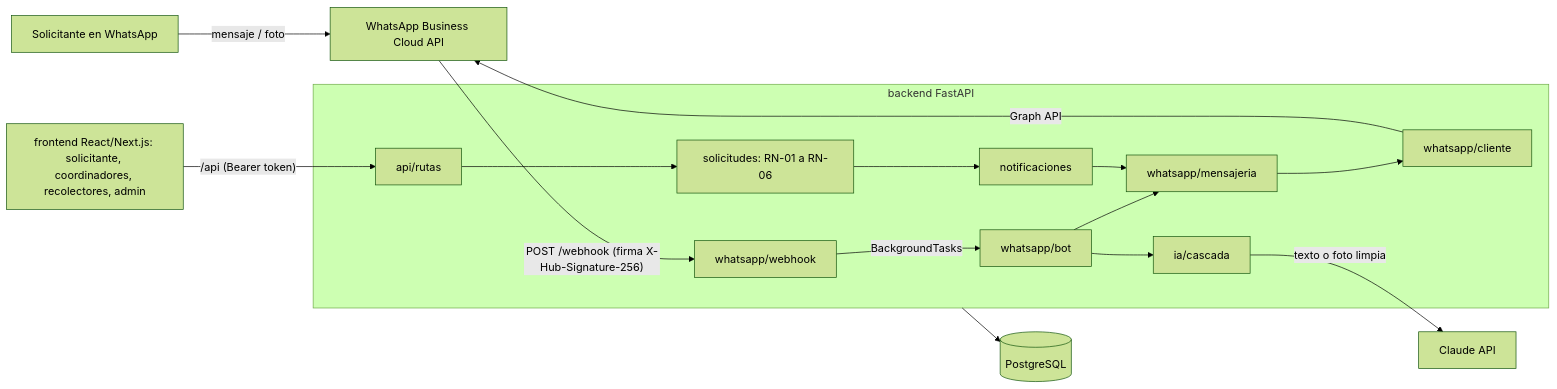
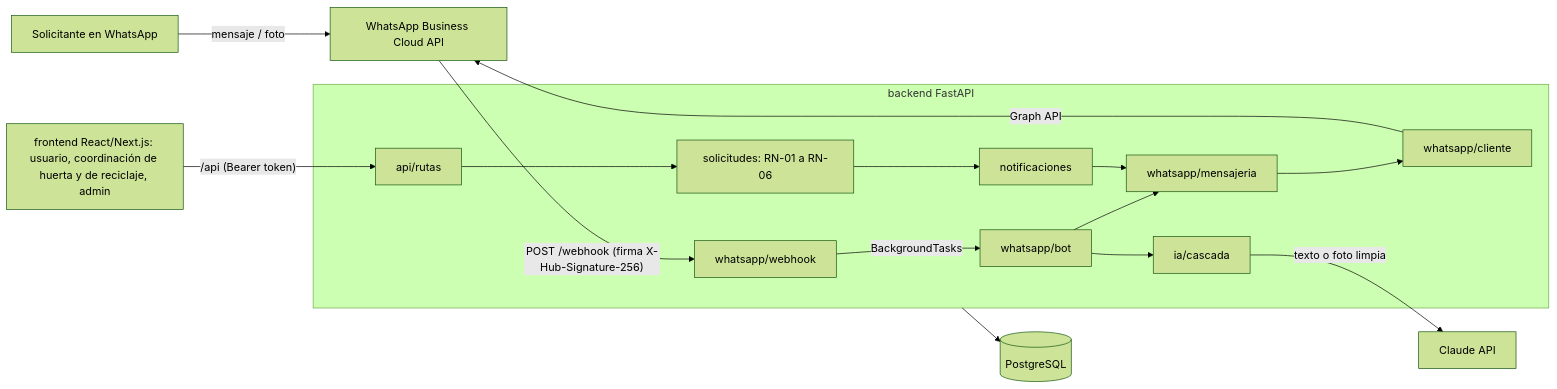
One commit to valejandrapd/EcoConecta-VGJ changed the diagram in README.md. Above: the diagram before and after it, drawn with Mermaid (forest theme). The commit also changed other lines of this file and 33 other files, not shown here.

````diff
--- a/README.md
+++ b/README.md
@@ -38,16 +38,16 @@
 ```mermaid
 flowchart LR
     U[Solicitante en WhatsApp] -- mensaje / foto --> META[WhatsApp Business Cloud API]
     META -- "POST /webhook (firma X-Hub-Signature-256)" --> WH
-    WEB["frontend React/Next.js: solicitante, coordinadores, recolectores, admin"] -- "/api (Bearer token)" --> API
+    WEB["frontend React/Next.js: usuario, coordinación de huerta y de reciclaje, admin"] -- "/api (Bearer token)" --> API
     subgraph backend [backend FastAPI]
         WH[whatsapp/webhook] -- BackgroundTasks --> BOT[whatsapp/bot]
         BOT --> IA[ia/cascada]
         BOT --> MSJ[whatsapp/mensajeria]
         API[api/rutas] --> SOL[solicitudes: RN-01 a RN-06] --> NOT[notificaciones] --> MSJ
         MSJ --> CLI[whatsapp/cliente]
     end
     IA -- texto o foto limpia --> CLAUDE[Claude API]
     CLI -- Graph API --> META
     backend --> PG[(PostgreSQL)]
 ```
````
